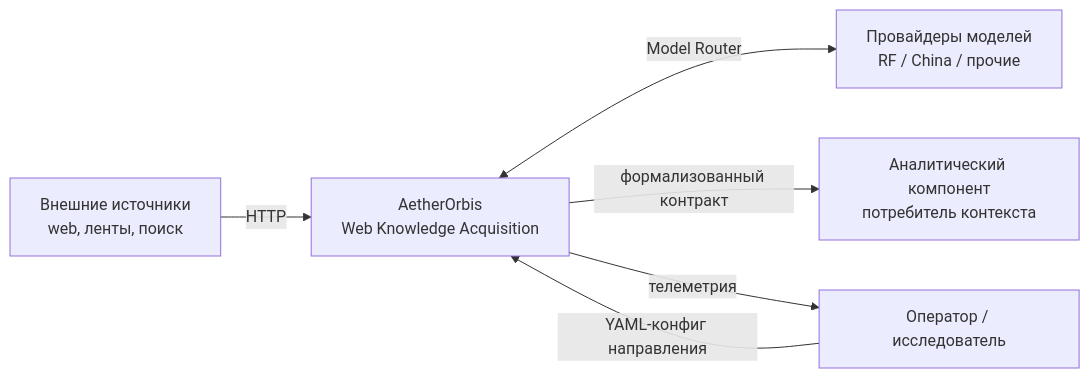
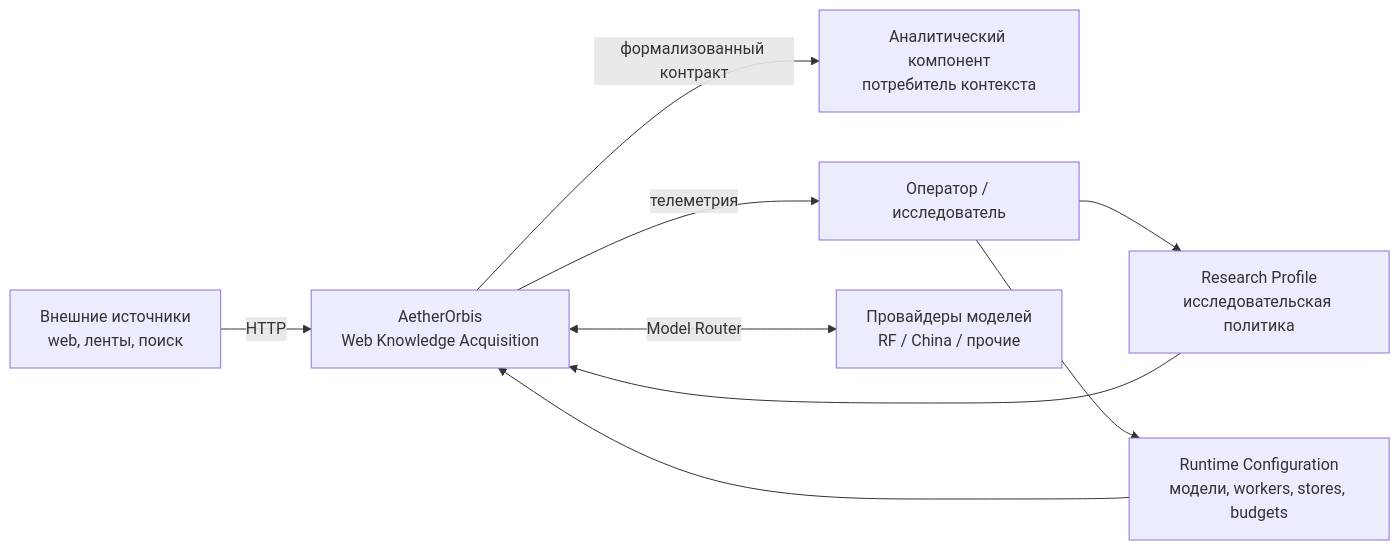
The first of 8 diagrams in docs/architecture.md (G-Ivan-A/aether-orbis), drawn with Mermaid before and after one commit. The commit also changed other lines of this file and 10 other files, not shown here.

````diff
--- a/docs/architecture.md
+++ b/docs/architecture.md
@@ -15,14 +15,19 @@
 ```mermaid
 graph LR
     EXT[Внешние источники<br/>web, ленты, поиск]
     AO[AetherOrbis<br/>Web Knowledge Acquisition]
     AN[Аналитический компонент<br/>потребитель контекста]
     OPS[Оператор / исследователь]
+    RP[Research Profile<br/>исследовательская политика]
+    RC[Runtime Configuration<br/>модели, workers, stores, budgets]
     LLM[Провайдеры моделей<br/>RF / China / прочие]
 
     EXT -->|HTTP| AO
-    OPS -->|YAML-конфиг направления| AO
+    OPS --> RP
+    OPS --> RC
+    RP --> AO
+    RC --> AO
     AO <-->|Model Router| LLM
     AO -->|формализованный контракт| AN
     AO -->|телеметрия| OPS
 ```
````
